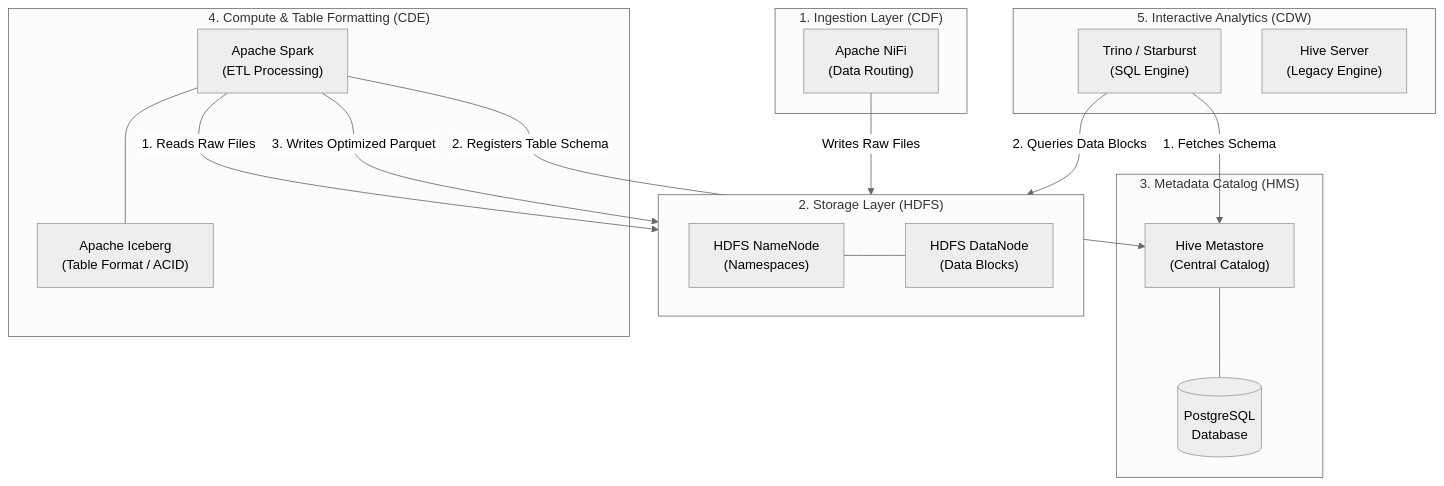
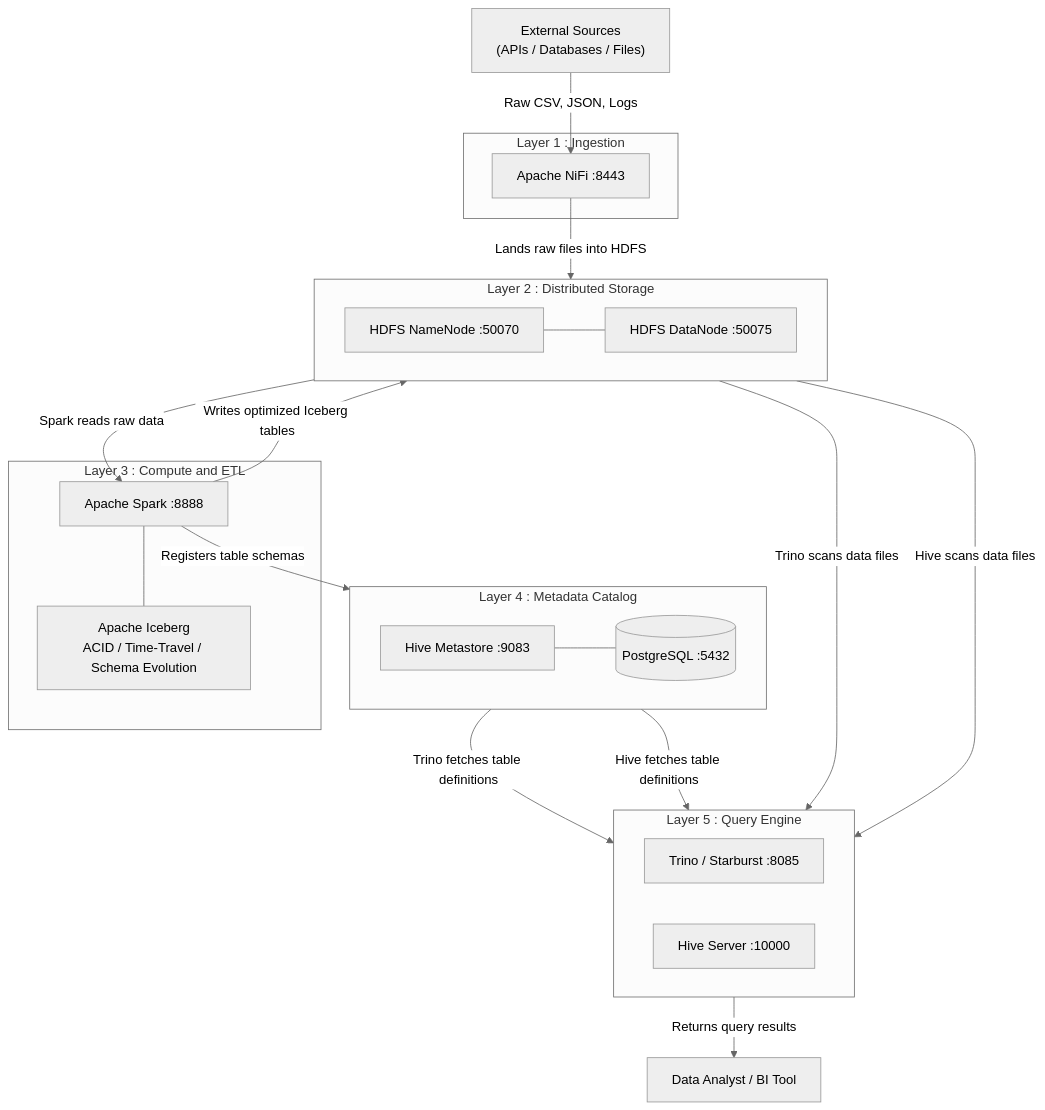
The diagram in hadoop-hive-processing/README.md (EbEmad/BigData), drawn with Mermaid (neutral theme) before and after one commit. The commit also changed other lines of this file, not shown here.

Commit message:
update reamde

````diff
--- a/hadoop-hive-processing/README.md
+++ b/hadoop-hive-processing/README.md
@@ -15,43 +15,47 @@
 ```mermaid
-flowchart TD
-    %% Define Layers
-    subgraph IngestionLayer ["1. Ingestion Layer (CDF)"]
-        NiFi["Apache NiFi<br>(Data Routing)"]
+flowchart TB
+    ExternalSources["External Sources<br>(APIs / Databases / Files)"]
+
+    subgraph L1 ["Layer 1 : Ingestion"]
+        NiFi["Apache NiFi :8443"]
     end
 
-    subgraph StorageLayer ["2. Storage Layer (HDFS)"]
+    subgraph L2 ["Layer 2 : Distributed Storage"]
         direction LR
-        NameNode["HDFS NameNode<br>(Namespaces)"]
-        DataNode["HDFS DataNode<br>(Data Blocks)"]
-        NameNode --- DataNode
+        NN["HDFS NameNode :50070"]
+        DN["HDFS DataNode :50075"]
+        NN --- DN
     end
 
-    subgraph MetadataLayer ["3. Metadata Catalog (HMS)"]
-        HMS["Hive Metastore<br>(Central Catalog)"]
-        PG[("PostgreSQL<br>Database")]
+    subgraph L3 ["Layer 3 : Compute and ETL"]
+        Spark["Apache Spark :8888"]
+        IcebergFmt["Apache Iceberg<br>ACID / Time-Travel / Schema Evolution"]
+        Spark --- IcebergFmt
+    end
+
+    subgraph L4 ["Layer 4 : Metadata Catalog"]
+        direction LR
+        HMS["Hive Metastore :9083"]
+        PG[("PostgreSQL :5432")]
         HMS --- PG
     end
 
-    subgraph ComputeLayer ["4. Compute & Table Formatting (CDE)"]
-        Spark["Apache Spark<br>(ETL Processing)"]
-        Iceberg["Apache Iceberg<br>(Table Format / ACID)"]
-        Spark --- Iceberg
+    subgraph L5 ["Layer 5 : Query Engine"]
+        direction LR
+        Trino["Trino / Starburst :8085"]
+        HiveS["Hive Server :10000"]
     end
 
-    subgraph QueryLayer ["5. Interactive Analytics (CDW)"]
-        Trino["Trino / Starburst<br>(SQL Engine)"]
-        HiveServer["Hive Server<br>(Legacy Engine)"]
-    end
+    Analyst["Data Analyst / BI Tool"]
 
-    %% Define Flow
-    NiFi -- "Writes Raw Files" --> NameNode
-    
-    %% Compute reads raw, writes Iceberg
-    Spark -- "1. Reads Raw Files" --> NameNode
-    Spark -- "2. Registers Table Schema" --> HMS
-    Spark -- "3. Writes Optimized Parquet" --> NameNode
-
-    %% Query Engine fetches and queries
-    Trino -- "1. Fetches Schema" --> HMS
-    Trino -- "2. Queries Data Blocks" --> NameNode
+    ExternalSources -- "Raw CSV, JSON, Logs" --> NiFi
+    NiFi -- "Lands raw files into HDFS" --> NN
+    NN -- "Spark reads raw data" --> Spark
+    Spark -- "Writes optimized Iceberg tables" --> NN
+    Spark -- "Registers table schemas" --> HMS
+    HMS -- "Trino fetches table definitions" --> Trino
+    NN -- "Trino scans data files" --> Trino
+    HMS -- "Hive fetches table definitions" --> HiveS
+    NN -- "Hive scans data files" --> HiveS
+    Trino -- "Returns query results" --> Analyst
 ```
````
